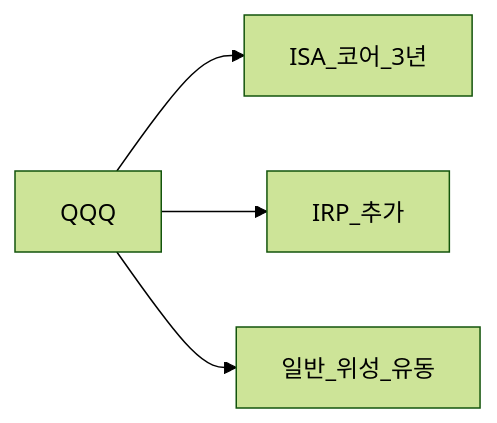
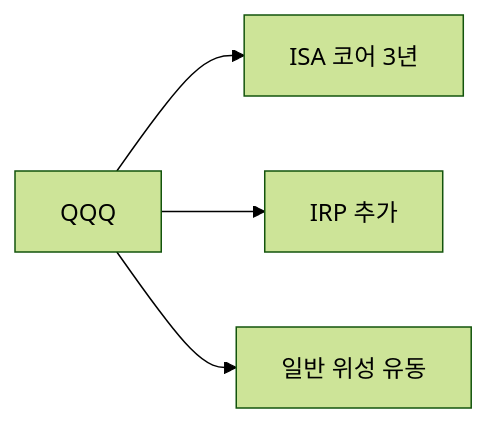
One commit to goldanghenry/Finances changed the second of 3 diagrams in 06-korea-policy/tax/overseas-stocks-tax-part3-scenarios.md. Above: the diagram before and after it, drawn with Mermaid (forest theme). The commit also changed other lines of this file and 211 other files, not shown here.

````diff
--- a/06-korea-policy/tax/overseas-stocks-tax-part3-scenarios.md
+++ b/06-korea-policy/tax/overseas-stocks-tax-part3-scenarios.md
@@ -108,6 +122,6 @@
 ```mermaid
 flowchart LR
-  QQQ --> ISA_P[ISA_코어_3년]
-  QQQ --> IRP_P[IRP_추가]
-  QQQ --> Gen_P[일반_위성_유동]
+  QQQ --> ISA_P["ISA 코어 3년"]
+  QQQ --> IRP_P["IRP 추가"]
+  QQQ --> Gen_P["일반 위성 유동"]
 ```
````
